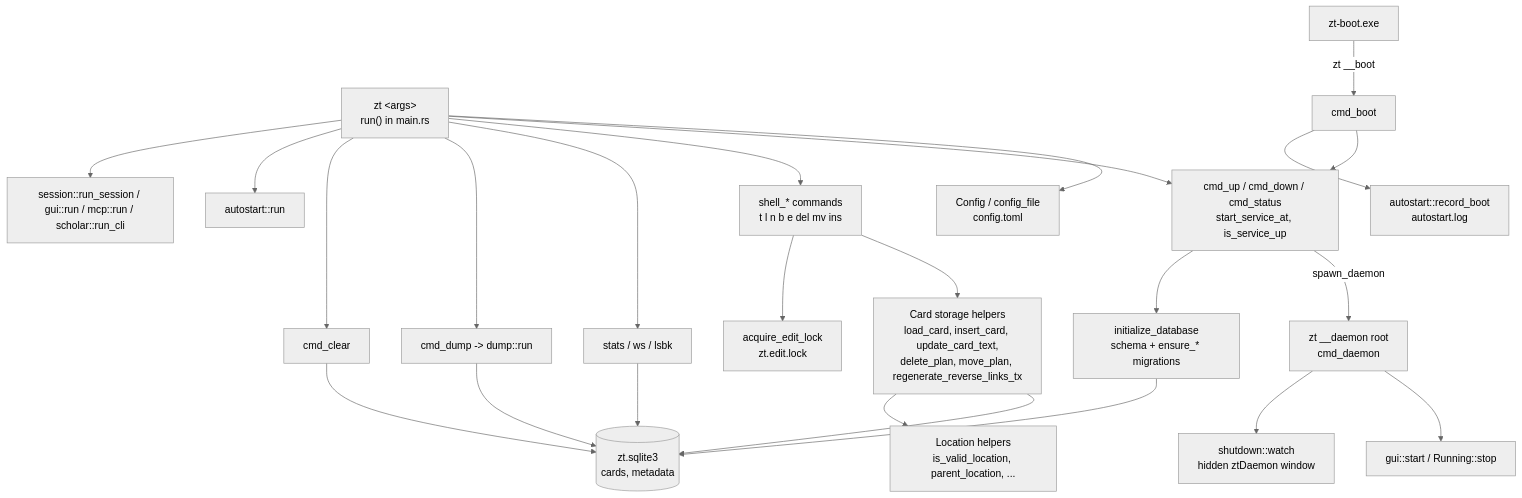
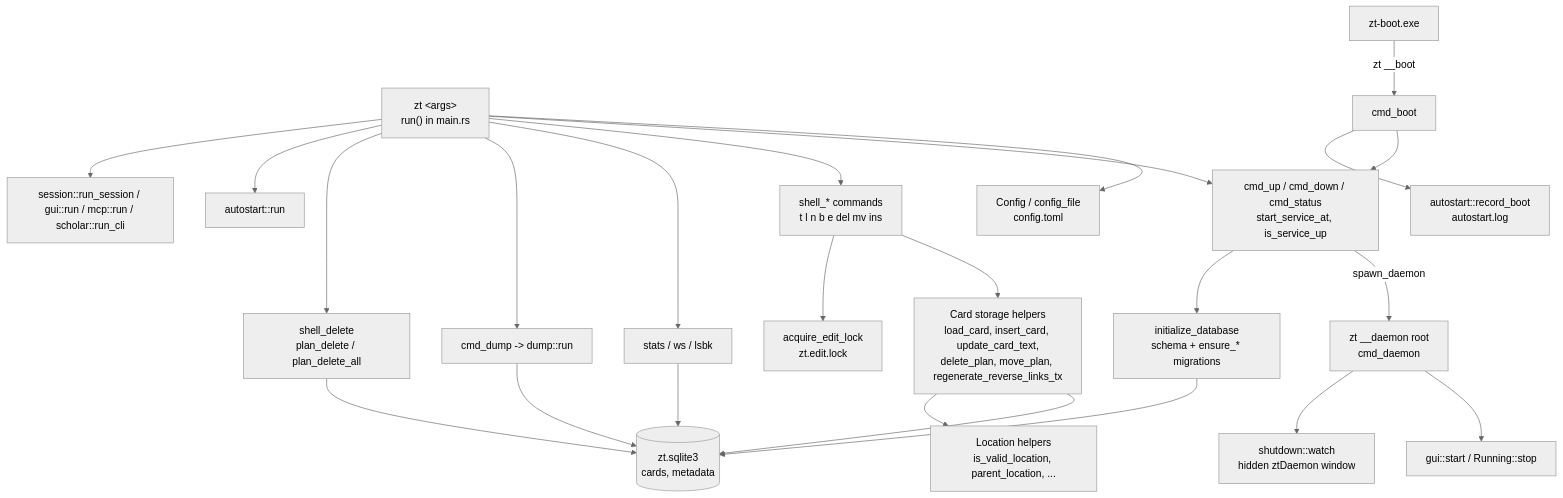
Before and after one commit to liudesheng9/zet: the first of 2 diagrams in docs/wiki/service-and-cli.md, drawn with Mermaid (neutral theme). The commit also changed other lines of this file and 14 other files, not shown here.

````diff
--- a/docs/wiki/service-and-cli.md
+++ b/docs/wiki/service-and-cli.md
@@ -85,26 +85,26 @@
 ```mermaid
 flowchart TD
     CLI["zt &lt;args&gt;<br/>run() in main.rs"] --> CFG["Config / config_file<br/>config.toml"]
     CLI --> LIFE["cmd_up / cmd_down / cmd_status<br/>start_service_at, is_service_up"]
     CLI --> SHELL["shell_* commands<br/>t l n b e del mv ins"]
     CLI --> RO["stats / ws / lsbk"]
     CLI --> DUMP["cmd_dump -> dump::run"]
-    CLI --> CLEAR["cmd_clear"]
+    CLI --> DEL["shell_delete<br/>plan_delete / plan_delete_all"]
     CLI --> AUTO["autostart::run"]
     CLI --> EXT["session::run_session / gui::run / mcp::run / scholar::run_cli"]
     BOOT["zt-boot.exe"] -->|"zt __boot"| BOOTCMD["cmd_boot"]
     BOOTCMD --> LIFE
     BOOTCMD --> AUTOLOG["autostart::record_boot<br/>autostart.log"]
     LIFE -->|spawn_daemon| DAEMON["zt __daemon root<br/>cmd_daemon"]
     DAEMON --> GUI["gui::start / Running::stop"]
     DAEMON --> WATCH["shutdown::watch<br/>hidden ztDaemon window"]
     LIFE --> DB["initialize_database<br/>schema + ensure_* migrations"]
     SHELL --> STORE["Card storage helpers<br/>load_card, insert_card, update_card_text,<br/>delete_plan, move_plan, regenerate_reverse_links_tx"]
     SHELL --> LOCK["acquire_edit_lock<br/>zt.edit.lock"]
     STORE --> SQL[("zt.sqlite3<br/>cards, metadata")]
     DB --> SQL
     RO --> SQL
     DUMP --> SQL
-    CLEAR --> SQL
+    DEL --> SQL
     STORE --> LOC["Location helpers<br/>is_valid_location, parent_location, ..."]
 ```
````
